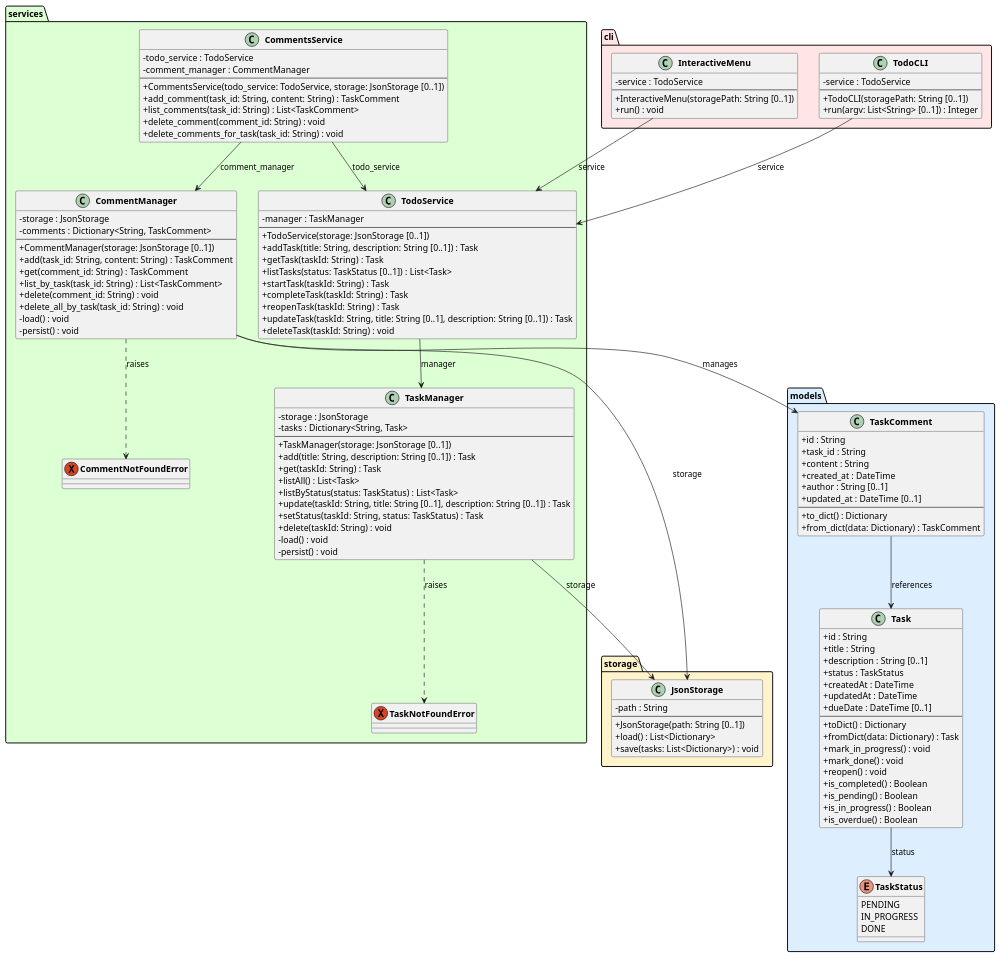
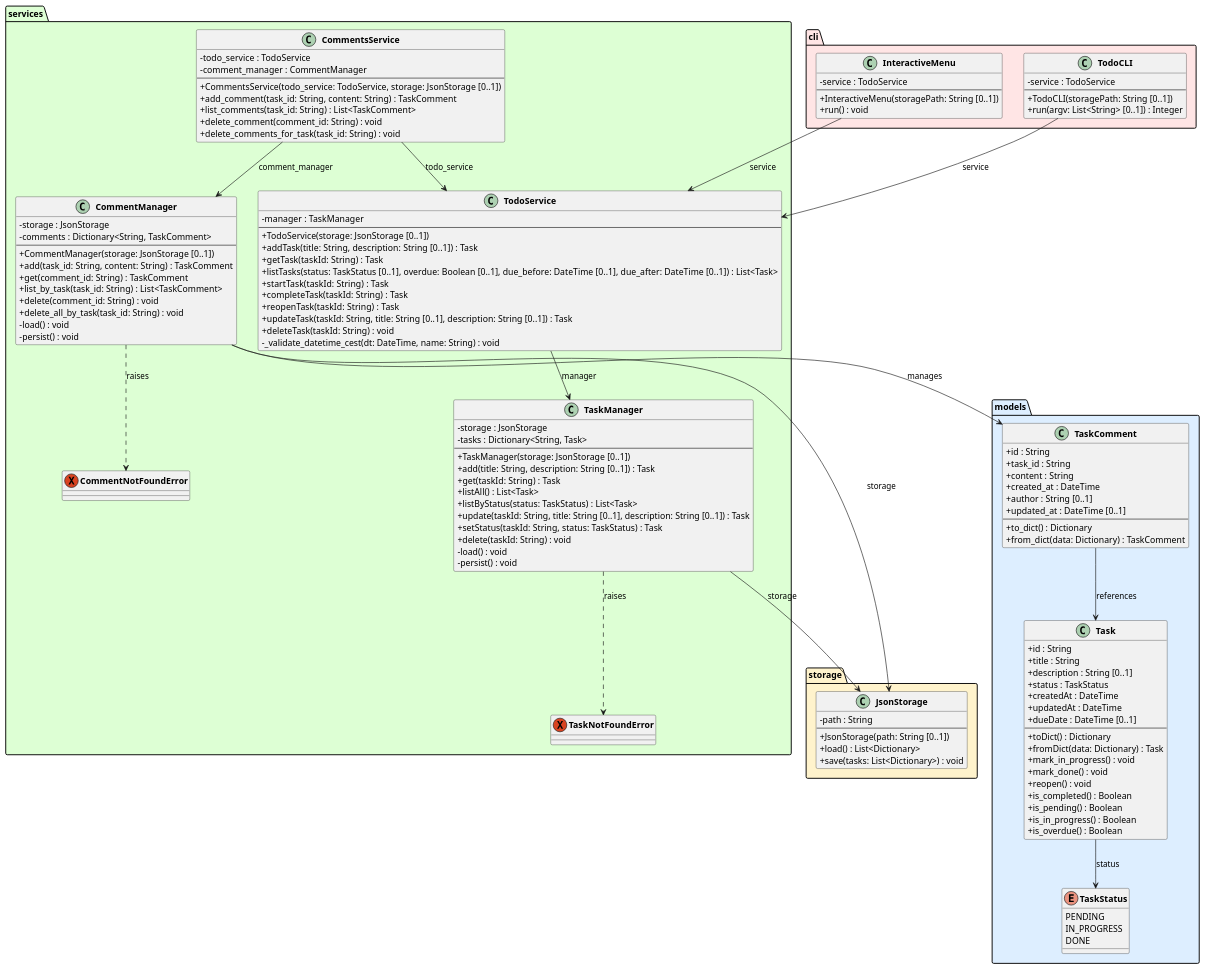
One commit to DanielRiha8906/Software_autoevolution_using_agents changed the diagram in experiments/supervisor_as_tools/test_driven/TODO/artifacts/class_diagram.puml. Above: the diagram before and after it, drawn with PlantUML. The commit also changed 3 other files, not shown here.

```diff
--- a/experiments/supervisor_as_tools/test_driven/TODO/artifacts/class_diagram.puml
+++ b/experiments/supervisor_as_tools/test_driven/TODO/artifacts/class_diagram.puml
@@ -1,145 +1,146 @@
 @startuml class_diagram
 
 skinparam classAttributeIconSize 0
 skinparam classFontStyle bold
 
 package "models" #DDEEFF {
     enum TaskStatus {
         PENDING
         IN_PROGRESS
         DONE
     }
 
     class TaskComment {
         +id : String
         +task_id : String
         +content : String
         +created_at : DateTime
         +author : String [0..1]
         +updated_at : DateTime [0..1]
         --
         +to_dict() : Dictionary
         +from_dict(data: Dictionary) : TaskComment
     }
 
     class Task {
         +id : String
         +title : String
         +description : String [0..1]
         +status : TaskStatus
         +createdAt : DateTime
         +updatedAt : DateTime
         +dueDate : DateTime [0..1]
         --
         +toDict() : Dictionary
         +fromDict(data: Dictionary) : Task
         +mark_in_progress() : void
         +mark_done() : void
         +reopen() : void
         +is_completed() : Boolean
         +is_pending() : Boolean
         +is_in_progress() : Boolean
         +is_overdue() : Boolean
     }
 }
 
 package "storage" #FFF3CC {
     class JsonStorage {
         -path : String
         --
         +JsonStorage(path: String [0..1])
         +load() : List<Dictionary>
         +save(tasks: List<Dictionary>) : void
     }
 }
 
 package "services" #DDFFD4 {
     exception TaskNotFoundError
     exception CommentNotFoundError
 
     class TaskManager {
         -storage : JsonStorage
         -tasks : Dictionary<String, Task>
         --
         +TaskManager(storage: JsonStorage [0..1])
         +add(title: String, description: String [0..1]) : Task
         +get(taskId: String) : Task
         +listAll() : List<Task>
         +listByStatus(status: TaskStatus) : List<Task>
         +update(taskId: String, title: String [0..1], description: String [0..1]) : Task
         +setStatus(taskId: String, status: TaskStatus) : Task
         +delete(taskId: String) : void
         -load() : void
         -persist() : void
     }
 
     class CommentManager {
         -storage : JsonStorage
         -comments : Dictionary<String, TaskComment>
         --
         +CommentManager(storage: JsonStorage [0..1])
         +add(task_id: String, content: String) : TaskComment
         +get(comment_id: String) : TaskComment
         +list_by_task(task_id: String) : List<TaskComment>
         +delete(comment_id: String) : void
         +delete_all_by_task(task_id: String) : void
         -load() : void
         -persist() : void
     }
 
     class TodoService {
         -manager : TaskManager
         --
         +TodoService(storage: JsonStorage [0..1])
         +addTask(title: String, description: String [0..1]) : Task
         +getTask(taskId: String) : Task
-        +listTasks(status: TaskStatus [0..1]) : List<Task>
+        +listTasks(status: TaskStatus [0..1], overdue: Boolean [0..1], due_before: DateTime [0..1], due_after: DateTime [0..1]) : List<Task>
         +startTask(taskId: String) : Task
         +completeTask(taskId: String) : Task
         +reopenTask(taskId: String) : Task
         +updateTask(taskId: String, title: String [0..1], description: String [0..1]) : Task
         +deleteTask(taskId: String) : void
+        -_validate_datetime_cest(dt: DateTime, name: String) : void
     }
 
     class CommentsService {
         -todo_service : TodoService
         -comment_manager : CommentManager
         --
         +CommentsService(todo_service: TodoService, storage: JsonStorage [0..1])
         +add_comment(task_id: String, content: String) : TaskComment
         +list_comments(task_id: String) : List<TaskComment>
         +delete_comment(comment_id: String) : void
         +delete_comments_for_task(task_id: String) : void
     }
 }
 
 package "cli" #FFE5E5 {
     class TodoCLI {
         -service : TodoService
         --
         +TodoCLI(storagePath: String [0..1])
         +run(argv: List<String> [0..1]) : Integer
     }
 
     class InteractiveMenu {
         -service : TodoService
         --
         +InteractiveMenu(storagePath: String [0..1])
         +run() : void
     }
 }
 
 Task --> TaskStatus : status
 TaskComment --> Task : references
 TaskManager --> JsonStorage : storage
 TaskManager ..> TaskNotFoundError : raises
 CommentManager --> JsonStorage : storage
 CommentManager --> TaskComment : manages
 CommentManager ..> CommentNotFoundError : raises
 TodoService --> TaskManager : manager
 CommentsService --> TodoService : todo_service
 CommentsService --> CommentManager : comment_manager
 TodoCLI --> TodoService : service
 InteractiveMenu --> TodoService : service
 
 @enduml
```
